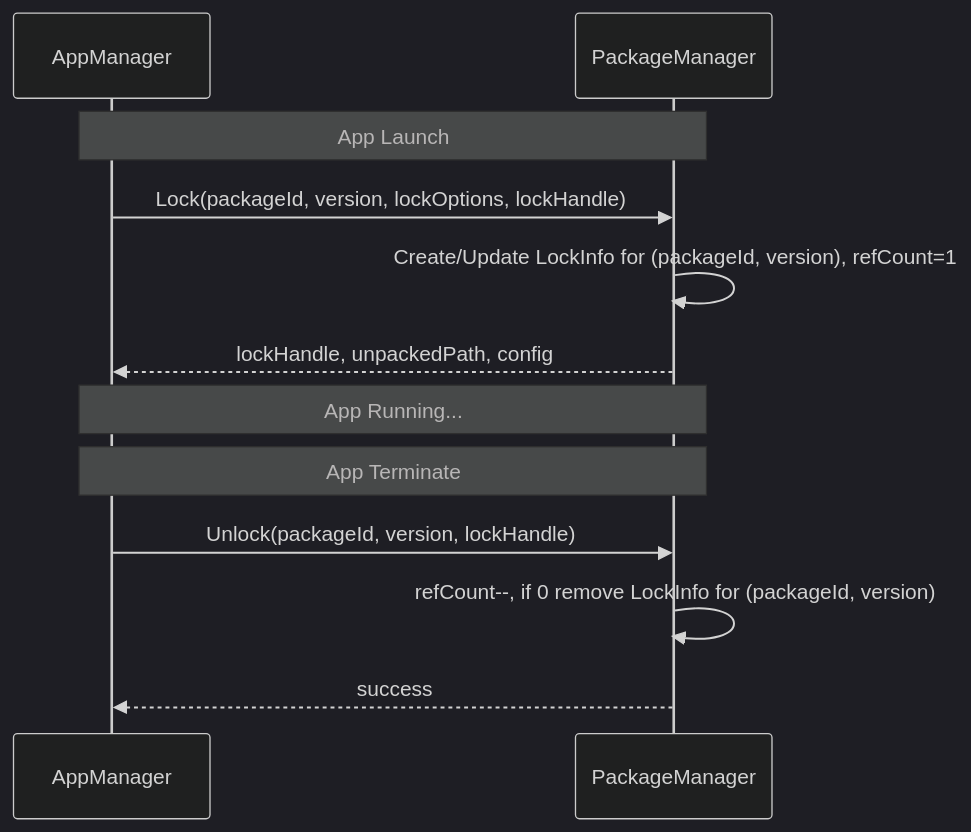
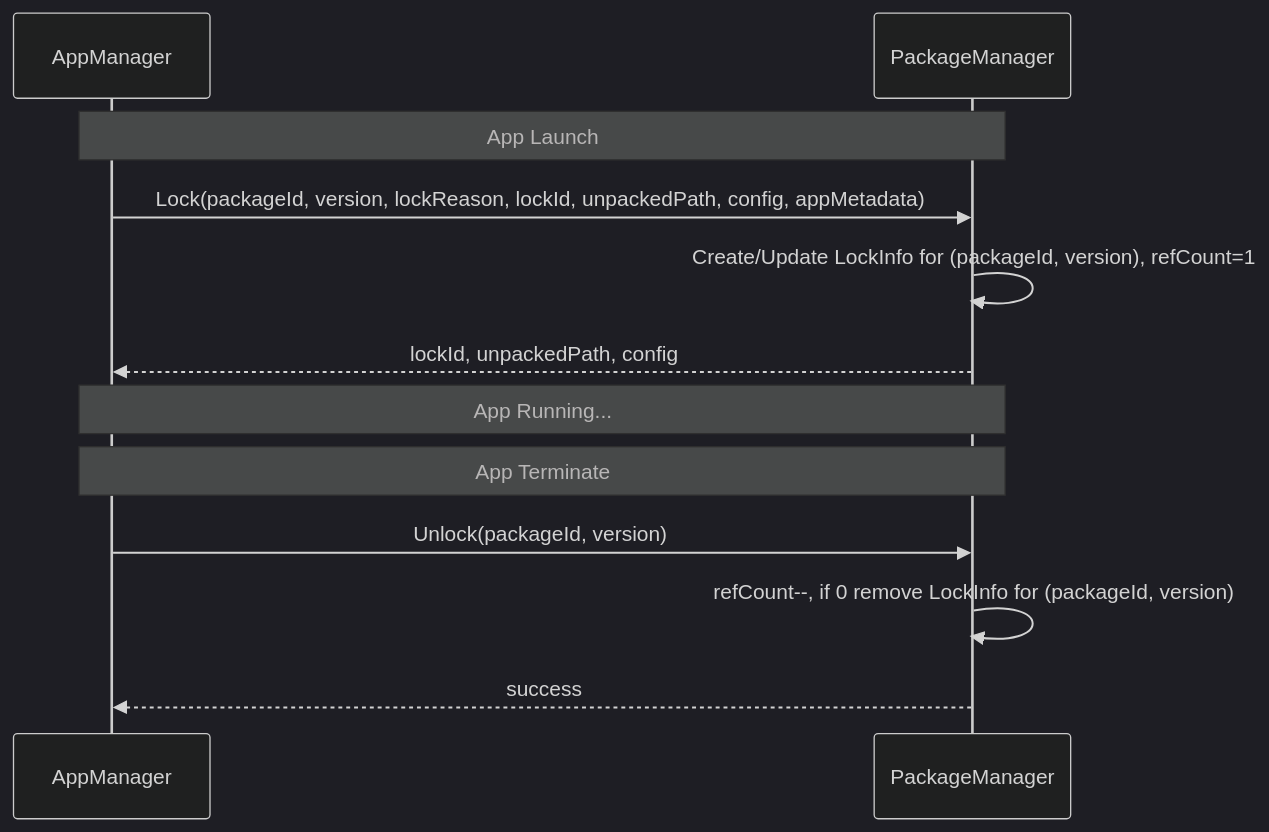
The fourth of 5 diagrams in PackageManager/PackageManager.md (rdkcentral/entservices-appmanagers), drawn with Mermaid (dark theme) before and after one commit. The commit also changed other lines of this file and 1 other file, not shown here.

Commit message:
Fix API signatures in AppStorageManager and PackageManager documentation

````diff
--- a/PackageManager/PackageManager.md
+++ b/PackageManager/PackageManager.md
@@ -209,17 +210,17 @@
 ```mermaid
 sequenceDiagram
     participant AppMgr as AppManager
     participant PkgMgr as PackageManager
 
     Note over AppMgr,PkgMgr: App Launch
-    AppMgr->>PkgMgr: Lock(packageId, version, lockOptions, lockHandle)
+    AppMgr->>PkgMgr: Lock(packageId, version, lockReason, lockId, unpackedPath, config, appMetadata)
     PkgMgr->>PkgMgr: Create/Update LockInfo for (packageId, version), refCount=1
-    PkgMgr-->>AppMgr: lockHandle, unpackedPath, config
+    PkgMgr-->>AppMgr: lockId, unpackedPath, config
 
     Note over AppMgr,PkgMgr: App Running...
 
     Note over AppMgr,PkgMgr: App Terminate
-    AppMgr->>PkgMgr: Unlock(packageId, version, lockHandle)
+    AppMgr->>PkgMgr: Unlock(packageId, version)
     PkgMgr->>PkgMgr: refCount--, if 0 remove LockInfo for (packageId, version)
     PkgMgr-->>AppMgr: success
 ```
````
